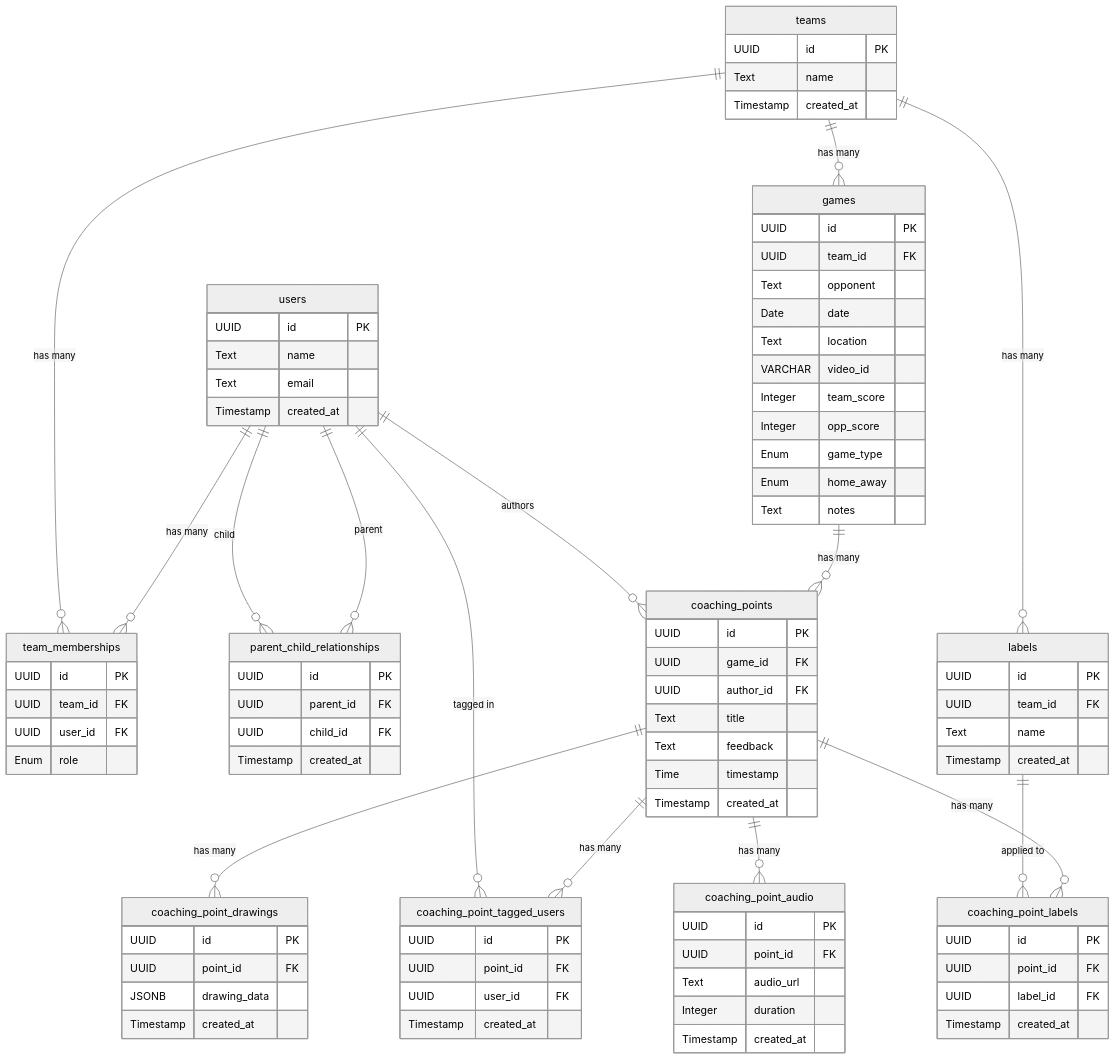
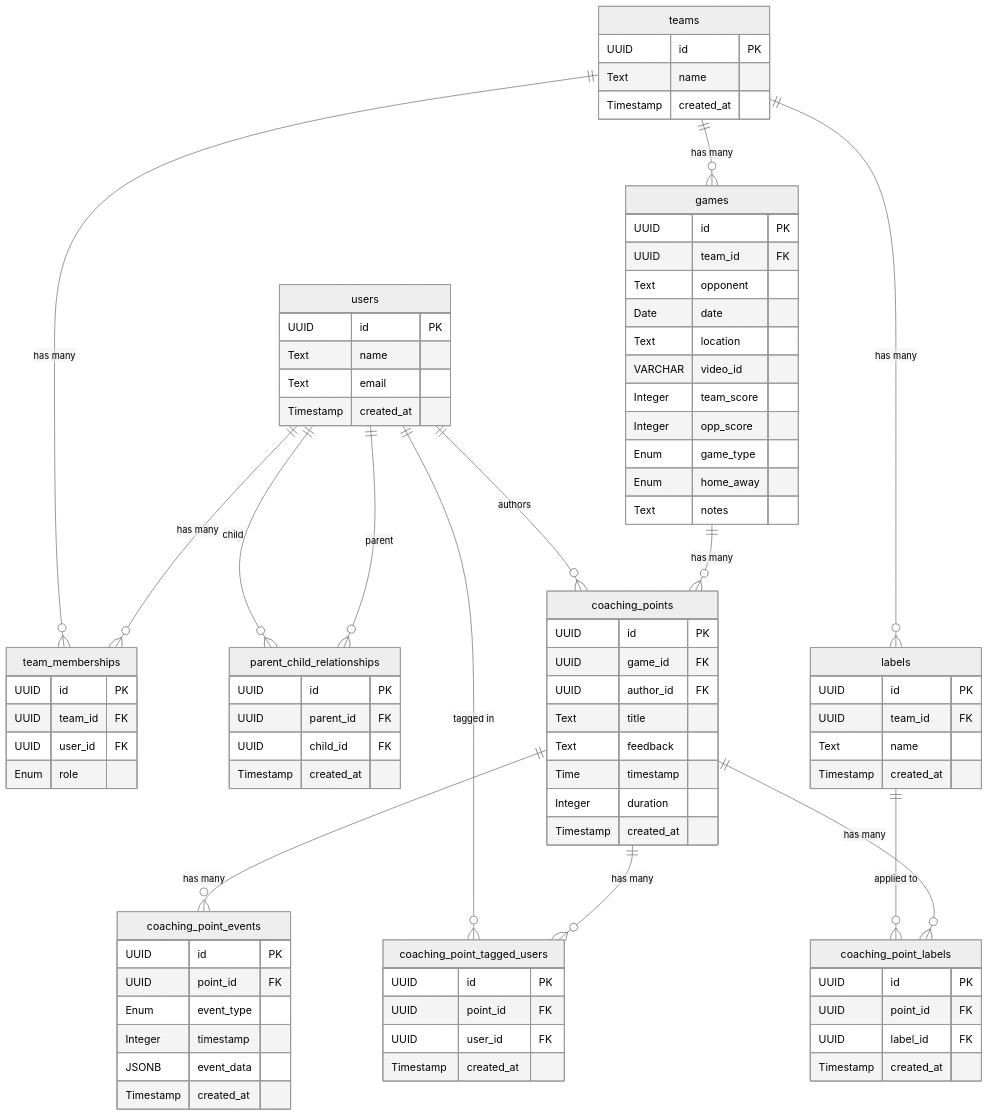
The diagram in tasks/schema.md (tynidev/tactix), drawn with Mermaid (neutral theme) before and after one commit. The commit also changed other lines of this file, not shown here.

Commit message:
Refactor coaching point schema: consolidate audio and drawing data into a new events table, update descriptions and relationships for clarity and consistency.

```diff
--- a/tasks/schema.md
+++ b/tasks/schema.md
@@ -150,21 +145,16 @@
         Text title
         Text feedback
         Time timestamp
+        Integer duration
         Timestamp created_at
     }
     
-    coaching_point_drawings {
+    coaching_point_events {
         UUID id PK
         UUID point_id FK
-        JSONB drawing_data
-        Timestamp created_at
-    }
-    
-    coaching_point_audio {
-        UUID id PK
-        UUID point_id FK
-        Text audio_url
-        Integer duration
+        Enum event_type
+        Integer timestamp
+        JSONB event_data
         Timestamp created_at
     }
     
@@ -196,8 +186,7 @@
     teams ||--o{ games : "has many"
     games ||--o{ coaching_points : "has many"
     users ||--o{ coaching_points : "authors"
-    coaching_points ||--o{ coaching_point_drawings : "has many"
-    coaching_points ||--o{ coaching_point_audio : "has many"
+    coaching_points ||--o{ coaching_point_events : "has many"
     coaching_points ||--o{ coaching_point_tagged_users : "has many"
     users ||--o{ coaching_point_tagged_users : "tagged in"
     teams ||--o{ labels : "has many"
```
